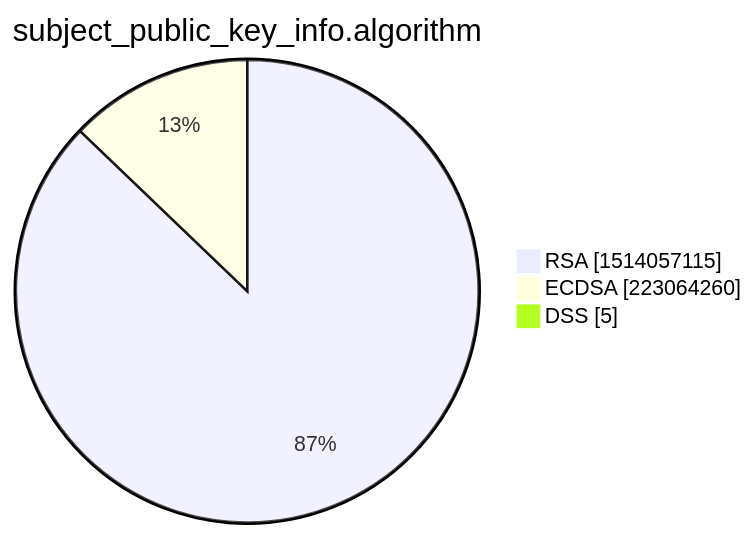
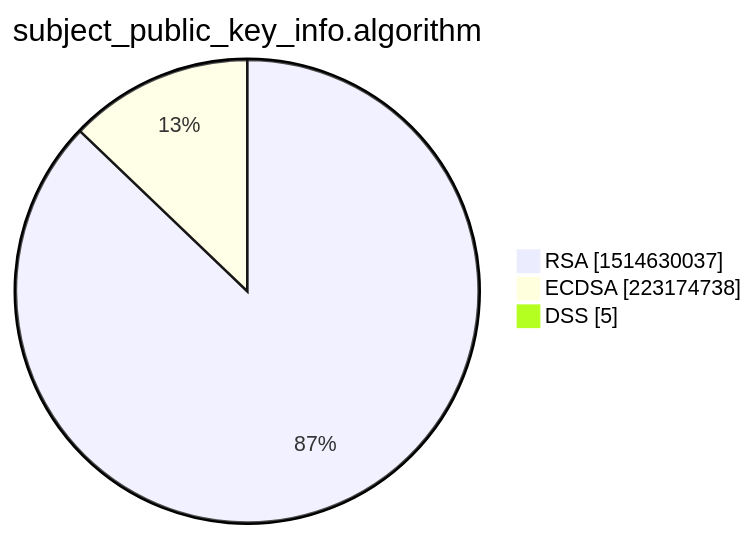
One commit to christiankrug/ctmonitor_visualization changed the third of 15 diagrams in xenon2022/README.md. Above: the diagram before and after it, drawn with Mermaid. The commit also changed other lines of this file, not shown here.

````diff
--- a/xenon2022/README.md
+++ b/xenon2022/README.md
@@ -14,7 +14,7 @@
 ```mermaid
 pie showData
 title subject_public_key_info.algorithm
-"RSA" :1514057115
-"ECDSA" :223064260
+"RSA" :1514630037
+"ECDSA" :223174738
 "DSS" :5
 ```
````
